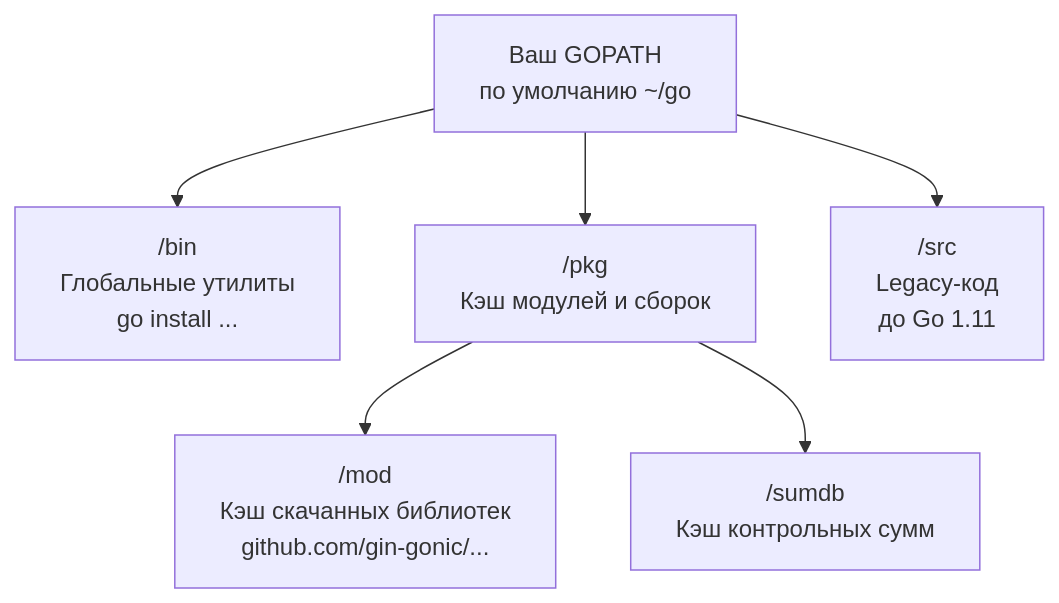
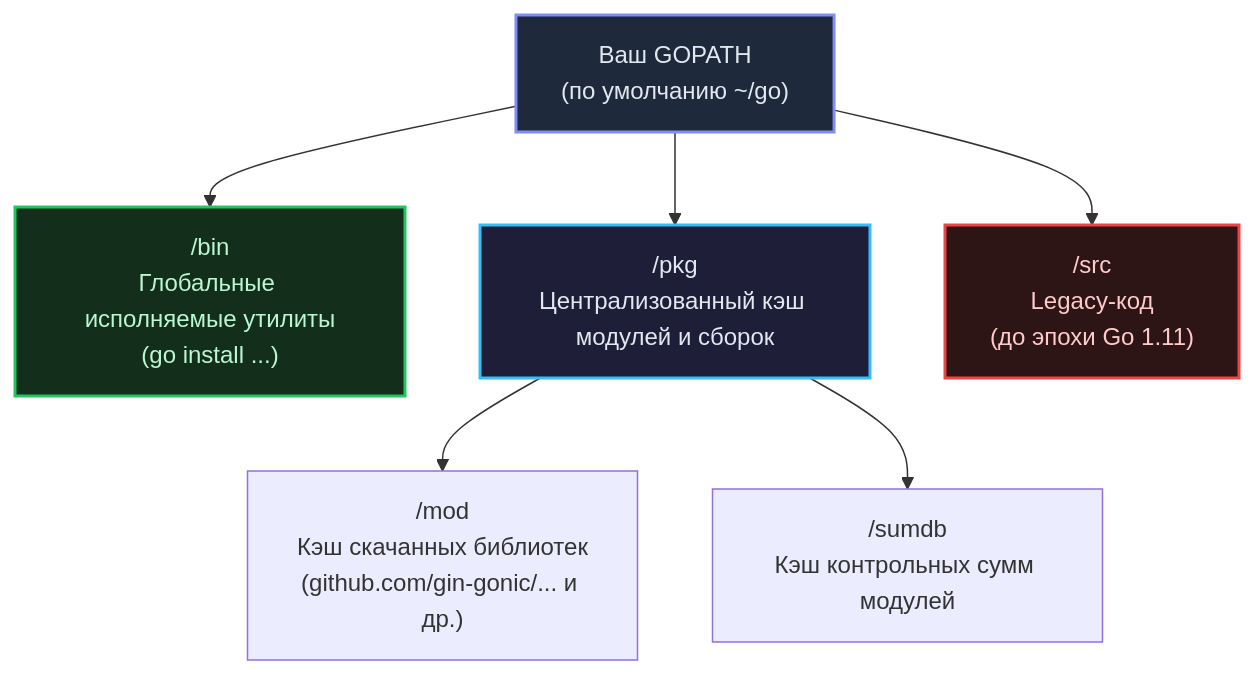
Before and after one commit to UnrealTemplier/go-textbook: the diagram in sources/5. Учебник по Go (Основы и синтаксис)/2. Установка Go, GOPATH, GOROOT и первая программа.md, drawn with Mermaid. The commit also changed other lines of this file, not shown here.

````diff
--- a/sources/5. Учебник по Go (Основы и синтаксис)/2. Установка Go, GOPATH, GOROOT и первая программа.md
+++ b/sources/5. Учебник по Go (Основы и синтаксис)/2. Установка Go, GOPATH, GOROOT и первая программа.md
@@ -45,10 +53,15 @@
 ```mermaid
 flowchart TD
-    GOPATH["Ваш GOPATH<br>по умолчанию ~/go"]
-    GOPATH --> BIN["/bin<br>Глобальные утилиты<br>go install ..."]
-    GOPATH --> PKG["/pkg<br>Кэш модулей и сборок"]
-    GOPATH --> SRC["/src<br>Legacy-код<br>до Go 1.11"]
+    GOPATH["Ваш GOPATH<br>(по умолчанию ~/go)"]
+    GOPATH --> BIN["/bin<br>Глобальные исполняемые утилиты<br>(go install ...)"]
+    GOPATH --> PKG["/pkg<br>Централизованный кэш модулей и сборок"]
+    GOPATH --> SRC["/src<br>Legacy-код<br>(до эпохи Go 1.11)"]
     
-    PKG --> MOD["/mod<br>Кэш скачанных библиотек<br>github.com/gin-gonic/..."]
-    PKG --> SUM["/sumdb<br>Кэш контрольных сумм"]
+    PKG --> MOD["/mod<br>Кэш скачанных библиотек<br>(github.com/gin-gonic/... и др.)"]
+    PKG --> SUM["/sumdb<br>Кэш контрольных сумм модулей"]
+    
+    style GOPATH fill:#1e293b,stroke:#818cf8,stroke-width:2px,color:#e2e8f0
+    style BIN fill:#132e1b,stroke:#22c55e,stroke-width:2px,color:#bbf7d0
+    style PKG fill:#1e1e38,stroke:#38bdf8,stroke-width:2px,color:#e2e8f0
+    style SRC fill:#2d1515,stroke:#ef4444,stroke-width:2px,color:#fecaca
 ```
````
